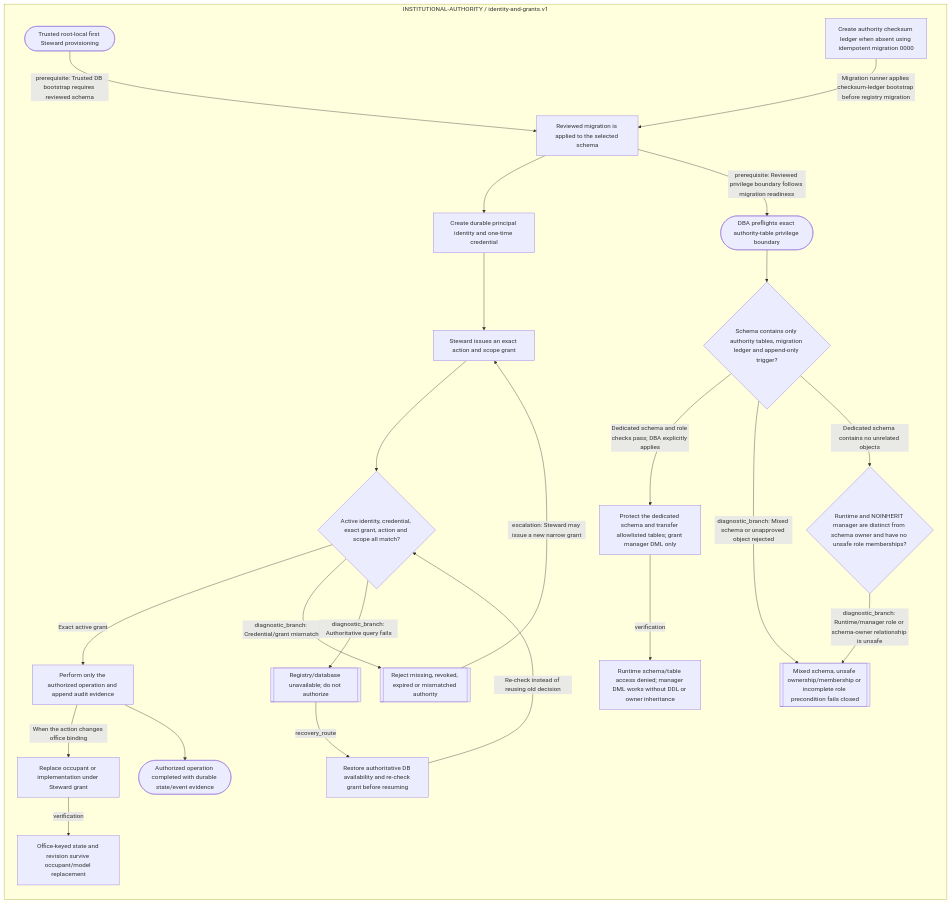
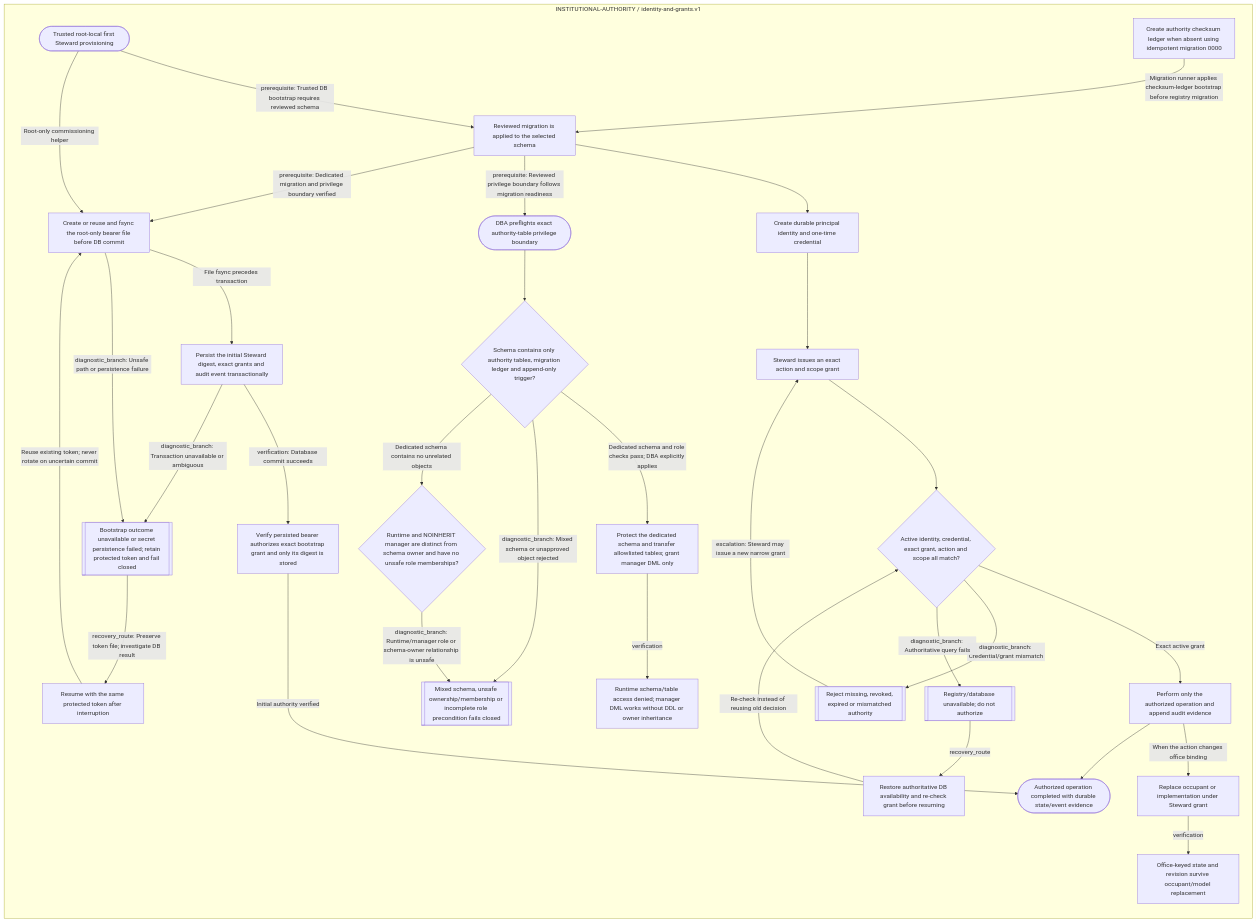
The diagram in docs/components/INSTITUTIONAL_AUTHORITY_FLOW.md (ppow1/Riverview-), drawn with Mermaid before and after one commit. The commit also changed other lines of this file and 11 other files, not shown here.

Commit message:
docs(m4.1): register recoverable steward bootstrap flow

````diff
--- a/docs/components/INSTITUTIONAL_AUTHORITY_FLOW.md
+++ b/docs/components/INSTITUTIONAL_AUTHORITY_FLOW.md
@@ -19,46 +19,60 @@
 ```mermaid
 flowchart LR
   subgraph g_rv_institutional_authority_identity_and_grants["INSTITUTIONAL-AUTHORITY / identity-and-grants.v1"]
     g_rv_institutional_authority_identity_and_grants_bootstrap_a48d6fd3(["Trusted root-local first Steward provisioning"])
     g_rv_institutional_authority_identity_and_grants_migration_ledger_bootstrap_b3ae001f["Create authority checksum ledger when absent using idempotent migration 0000"]
     g_rv_institutional_authority_identity_and_grants_migration_ready_c4bb91b6["Reviewed migration is applied to the selected schema"]
     g_rv_institutional_authority_identity_and_grants_principal_create_ee96873b["Create durable principal identity and one-time credential"]
     g_rv_institutional_authority_identity_and_grants_grant_create_462e1d10["Steward issues an exact action and scope grant"]
     g_rv_institutional_authority_identity_and_grants_authorize_fa36becb{"Active identity, credential, exact grant, action and scope all match?"}
     g_rv_institutional_authority_identity_and_grants_authorized_action_492c71b2["Perform only the authorized operation and append audit evidence"]
     g_rv_institutional_authority_identity_and_grants_deny_e8ae7e89[["Reject missing, revoked, expired or mismatched authority"]]
     g_rv_institutional_authority_identity_and_grants_replace_binding_ccca04a9["Replace occupant or implementation under Steward grant"]
     g_rv_institutional_authority_identity_and_grants_office_state_e5a8ca22["Office-keyed state and revision survive occupant/model replacement"]
     g_rv_institutional_authority_identity_and_grants_unavailable_ecf79c11[["Registry/database unavailable; do not authorize"]]
     g_rv_institutional_authority_identity_and_grants_recover_dedfc857["Restore authoritative DB availability and re-check grant before resuming"]
     g_rv_institutional_authority_identity_and_grants_complete_b22cd8fd(["Authorized operation completed with durable state/event evidence"])
     g_rv_institutional_authority_identity_and_grants_db_boundary_preflight_7ebcafd7(["DBA preflights exact authority-table privilege boundary"])
     g_rv_institutional_authority_identity_and_grants_schema_owner_gate_a70328d4{"Runtime and NOINHERIT manager are distinct from schema owner and have no unsafe role memberships?"}
     g_rv_institutional_authority_identity_and_grants_transfer_protected_objects_ce82dd28["Protect the dedicated schema and transfer allowlisted tables; grant manager DML only"]
     g_rv_institutional_authority_identity_and_grants_runtime_denial_verified_c2b31279["Runtime schema/table access denied; manager DML works without DDL or owner inheritance"]
     g_rv_institutional_authority_identity_and_grants_boundary_preflight_failure_44d08c3b[["Mixed schema, unsafe ownership/membership or incomplete role precondition fails closed"]]
     g_rv_institutional_authority_identity_and_grants_dedicated_schema_gate_c3990d8d{"Schema contains only authority tables, migration ledger and append-only trigger?"}
+    g_rv_institutional_authority_identity_and_grants_bootstrap_token_persist_48d47baa["Create or reuse and fsync the root-only bearer file before DB commit"]
+    g_rv_institutional_authority_identity_and_grants_bootstrap_record_commit_cbb111d7["Persist the initial Steward digest, exact grants and audit event transactionally"]
+    g_rv_institutional_authority_identity_and_grants_bootstrap_token_verify_6fd32a89["Verify persisted bearer authorizes exact bootstrap grant and only its digest is stored"]
+    g_rv_institutional_authority_identity_and_grants_bootstrap_error_51c2980d[["Bootstrap outcome unavailable or secret persistence failed; retain protected token and fail closed"]]
+    g_rv_institutional_authority_identity_and_grants_bootstrap_retry_6882465e["Resume with the same protected token after interruption"]
   end
   g_rv_institutional_authority_identity_and_grants_migration_ledger_bootstrap_b3ae001f -->|Migration runner applies checksum-ledger bootstrap before registry migration| g_rv_institutional_authority_identity_and_grants_migration_ready_c4bb91b6
   g_rv_institutional_authority_identity_and_grants_bootstrap_a48d6fd3 -->|prerequisite: Trusted DB bootstrap requires reviewed schema| g_rv_institutional_authority_identity_and_grants_migration_ready_c4bb91b6
   g_rv_institutional_authority_identity_and_grants_migration_ready_c4bb91b6 --> g_rv_institutional_authority_identity_and_grants_principal_create_ee96873b
   g_rv_institutional_authority_identity_and_grants_principal_create_ee96873b --> g_rv_institutional_authority_identity_and_grants_grant_create_462e1d10
   g_rv_institutional_authority_identity_and_grants_grant_create_462e1d10 --> g_rv_institutional_authority_identity_and_grants_authorize_fa36becb
   g_rv_institutional_authority_identity_and_grants_authorize_fa36becb -->|Exact active grant| g_rv_institutional_authority_identity_and_grants_authorized_action_492c71b2
   g_rv_institutional_authority_identity_and_grants_authorize_fa36becb -->|diagnostic_branch: Credential/grant mismatch| g_rv_institutional_authority_identity_and_grants_deny_e8ae7e89
   g_rv_institutional_authority_identity_and_grants_authorized_action_492c71b2 -->|When the action changes office binding| g_rv_institutional_authority_identity_and_grants_replace_binding_ccca04a9
   g_rv_institutional_authority_identity_and_grants_replace_binding_ccca04a9 -->|verification| g_rv_institutional_authority_identity_and_grants_office_state_e5a8ca22
   g_rv_institutional_authority_identity_and_grants_authorized_action_492c71b2 --> g_rv_institutional_authority_identity_and_grants_complete_b22cd8fd
   g_rv_institutional_authority_identity_and_grants_authorize_fa36becb -->|diagnostic_branch: Authoritative query fails| g_rv_institutional_authority_identity_and_grants_unavailable_ecf79c11
   g_rv_institutional_authority_identity_and_grants_unavailable_ecf79c11 -->|recovery_route| g_rv_institutional_authority_identity_and_grants_recover_dedfc857
   g_rv_institutional_authority_identity_and_grants_recover_dedfc857 -->|Re-check instead of reusing old decision| g_rv_institutional_authority_identity_and_grants_authorize_fa36becb
   g_rv_institutional_authority_identity_and_grants_deny_e8ae7e89 -->|escalation: Steward may issue a new narrow grant| g_rv_institutional_authority_identity_and_grants_grant_create_462e1d10
   g_rv_institutional_authority_identity_and_grants_migration_ready_c4bb91b6 -->|prerequisite: Reviewed privilege boundary follows migration readiness| g_rv_institutional_authority_identity_and_grants_db_boundary_preflight_7ebcafd7
   g_rv_institutional_authority_identity_and_grants_db_boundary_preflight_7ebcafd7 --> g_rv_institutional_authority_identity_and_grants_dedicated_schema_gate_c3990d8d
   g_rv_institutional_authority_identity_and_grants_dedicated_schema_gate_c3990d8d -->|Dedicated schema and role checks pass; DBA explicitly applies| g_rv_institutional_authority_identity_and_grants_transfer_protected_objects_ce82dd28
   g_rv_institutional_authority_identity_and_grants_dedicated_schema_gate_c3990d8d -->|diagnostic_branch: Mixed schema or unapproved object rejected| g_rv_institutional_authority_identity_and_grants_boundary_preflight_failure_44d08c3b
   g_rv_institutional_authority_identity_and_grants_transfer_protected_objects_ce82dd28 -->|verification| g_rv_institutional_authority_identity_and_grants_runtime_denial_verified_c2b31279
   g_rv_institutional_authority_identity_and_grants_dedicated_schema_gate_c3990d8d -->|Dedicated schema contains no unrelated objects| g_rv_institutional_authority_identity_and_grants_schema_owner_gate_a70328d4
   g_rv_institutional_authority_identity_and_grants_schema_owner_gate_a70328d4 -->|diagnostic_branch: Runtime/manager role or schema-owner relationship is unsafe| g_rv_institutional_authority_identity_and_grants_boundary_preflight_failure_44d08c3b
+  g_rv_institutional_authority_identity_and_grants_bootstrap_a48d6fd3 -->|Root-only commissioning helper| g_rv_institutional_authority_identity_and_grants_bootstrap_token_persist_48d47baa
+  g_rv_institutional_authority_identity_and_grants_migration_ready_c4bb91b6 -->|prerequisite: Dedicated migration and privilege boundary verified| g_rv_institutional_authority_identity_and_grants_bootstrap_token_persist_48d47baa
+  g_rv_institutional_authority_identity_and_grants_bootstrap_token_persist_48d47baa -->|File fsync precedes transaction| g_rv_institutional_authority_identity_and_grants_bootstrap_record_commit_cbb111d7
+  g_rv_institutional_authority_identity_and_grants_bootstrap_token_persist_48d47baa -->|diagnostic_branch: Unsafe path or persistence failure| g_rv_institutional_authority_identity_and_grants_bootstrap_error_51c2980d
+  g_rv_institutional_authority_identity_and_grants_bootstrap_record_commit_cbb111d7 -->|verification: Database commit succeeds| g_rv_institutional_authority_identity_and_grants_bootstrap_token_verify_6fd32a89
+  g_rv_institutional_authority_identity_and_grants_bootstrap_record_commit_cbb111d7 -->|diagnostic_branch: Transaction unavailable or ambiguous| g_rv_institutional_authority_identity_and_grants_bootstrap_error_51c2980d
+  g_rv_institutional_authority_identity_and_grants_bootstrap_error_51c2980d -->|recovery_route: Preserve token file; investigate DB result| g_rv_institutional_authority_identity_and_grants_bootstrap_retry_6882465e
+  g_rv_institutional_authority_identity_and_grants_bootstrap_retry_6882465e -->|Reuse existing token; never rotate on uncertain commit| g_rv_institutional_authority_identity_and_grants_bootstrap_token_persist_48d47baa
+  g_rv_institutional_authority_identity_and_grants_bootstrap_token_verify_6fd32a89 -->|Initial authority verified| g_rv_institutional_authority_identity_and_grants_complete_b22cd8fd
   classDef failure fill:#fee,stroke:#b00,stroke-width:2px
 ```
````
